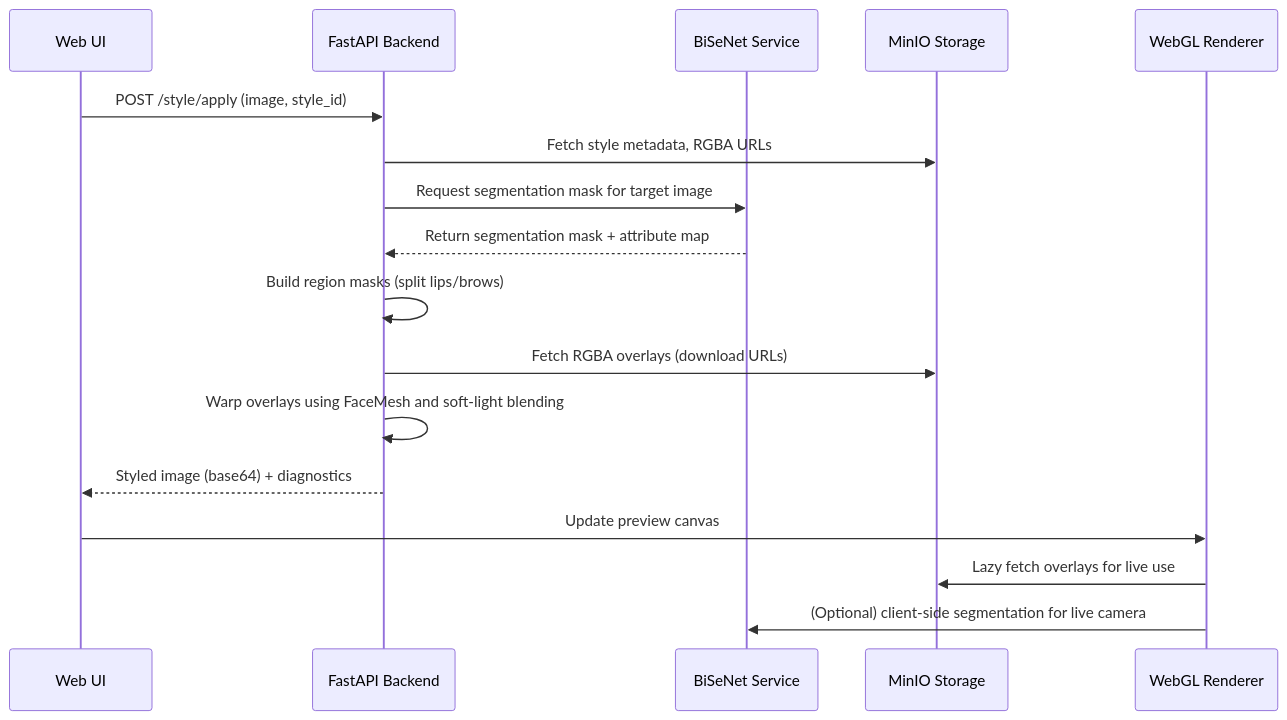
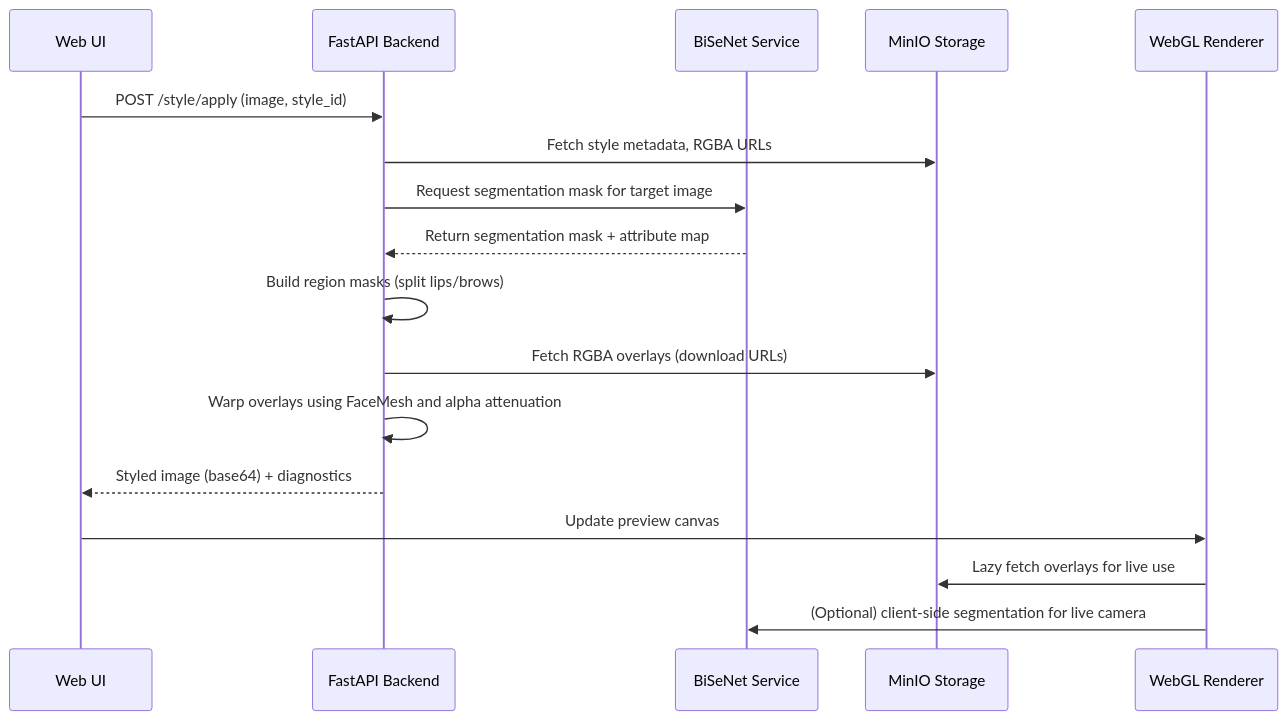
Before and after one commit to Thu289/Facetory: the fourth of 5 diagrams in docs/facial-makeup-filter-report.md, drawn with Mermaid. The commit also changed other lines of this file, not shown here.

````diff
--- a/docs/facial-makeup-filter-report.md
+++ b/docs/facial-makeup-filter-report.md
@@ -114,21 +170,20 @@
 ```mermaid
-%% Figure 3.3 – Sequence of applying a stored filter to an image
 sequenceDiagram
     participant UI as Web UI
     participant API as FastAPI Backend
     participant SEG as BiSeNet Service
     participant STORE as MinIO Storage
     participant REND as WebGL Renderer
 
     UI->>API: POST /style/apply (image, style_id)
     API->>STORE: Fetch style metadata, RGBA URLs
     API->>SEG: Request segmentation mask for target image
     SEG-->>API: Return segmentation mask + attribute map
     API->>API: Build region masks (split lips/brows)
     API->>STORE: Fetch RGBA overlays (download URLs)
-    API->>API: Warp overlays using FaceMesh and soft-light blending
+    API->>API: Warp overlays using FaceMesh and alpha attenuation
     API-->>UI: Styled image (base64) + diagnostics
     UI->>REND: Update preview canvas
     REND->>STORE: Lazy fetch overlays for live use
     REND->>SEG: (Optional) client-side segmentation for live camera
 ```
````
